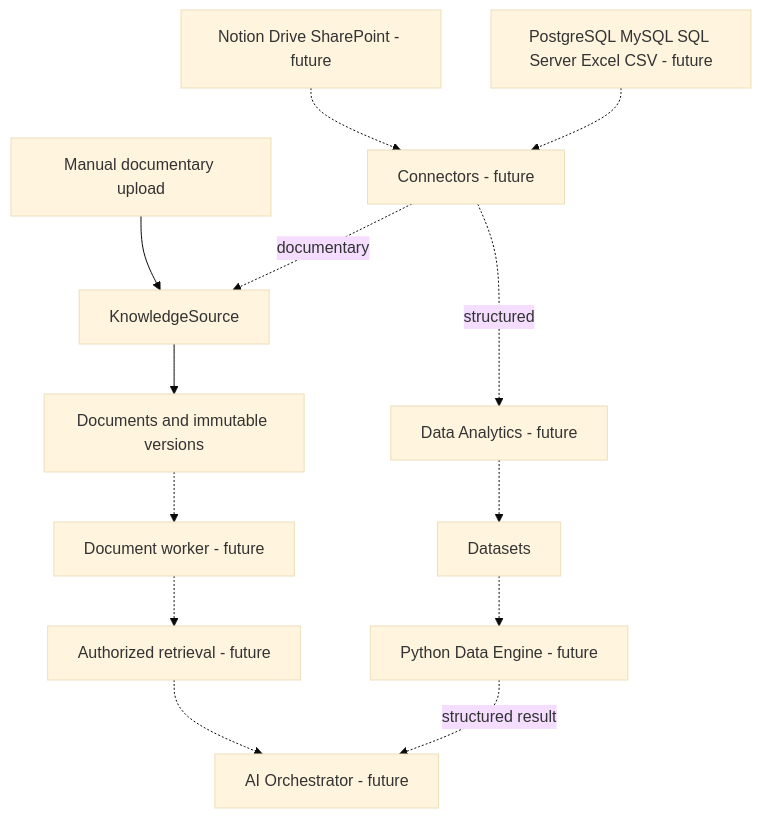
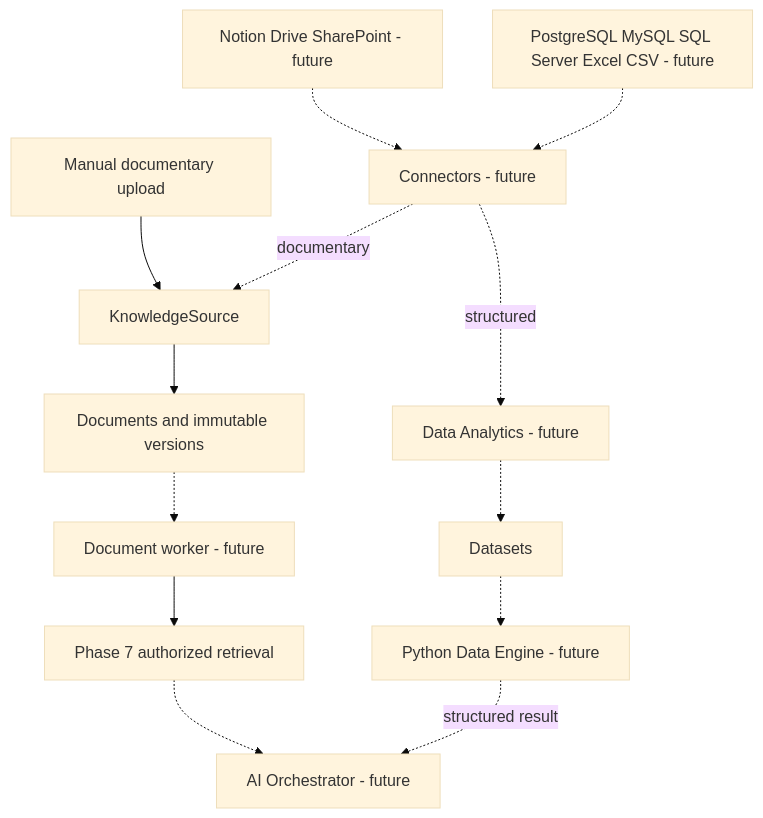
One commit to AndrixNg1/amani.ia changed the diagram in docs/architecture/diagrams/19-enterprise-sources.mmd. Above: the diagram before and after it, drawn with Mermaid (base theme). The commit also changed 7 other files, not shown here.

Commit message:
docs(architecture): define authorization-aware knowledge retrieval

```diff
--- a/docs/architecture/diagrams/19-enterprise-sources.mmd
+++ b/docs/architecture/diagrams/19-enterprise-sources.mmd
@@ -1,13 +1,13 @@
 flowchart TD
   Upload[Manual documentary upload] --> Source[KnowledgeSource]
   Documentary[Notion Drive SharePoint - future] -.-> Connectors[Connectors - future]
   Structured[PostgreSQL MySQL SQL Server Excel CSV - future] -.-> Connectors
   Connectors -. documentary .-> Source
   Connectors -. structured .-> Analytics[Data Analytics - future]
   Source --> Documents[Documents and immutable versions]
   Documents -.-> Worker[Document worker - future]
-  Worker -.-> Retrieval[Authorized retrieval - future]
+  Worker --> Retrieval[Phase 7 authorized retrieval]
   Analytics -.-> Datasets[Datasets]
   Datasets -.-> Python[Python Data Engine - future]
   Retrieval -.-> AI[AI Orchestrator - future]
   Python -. structured result .-> AI
```
